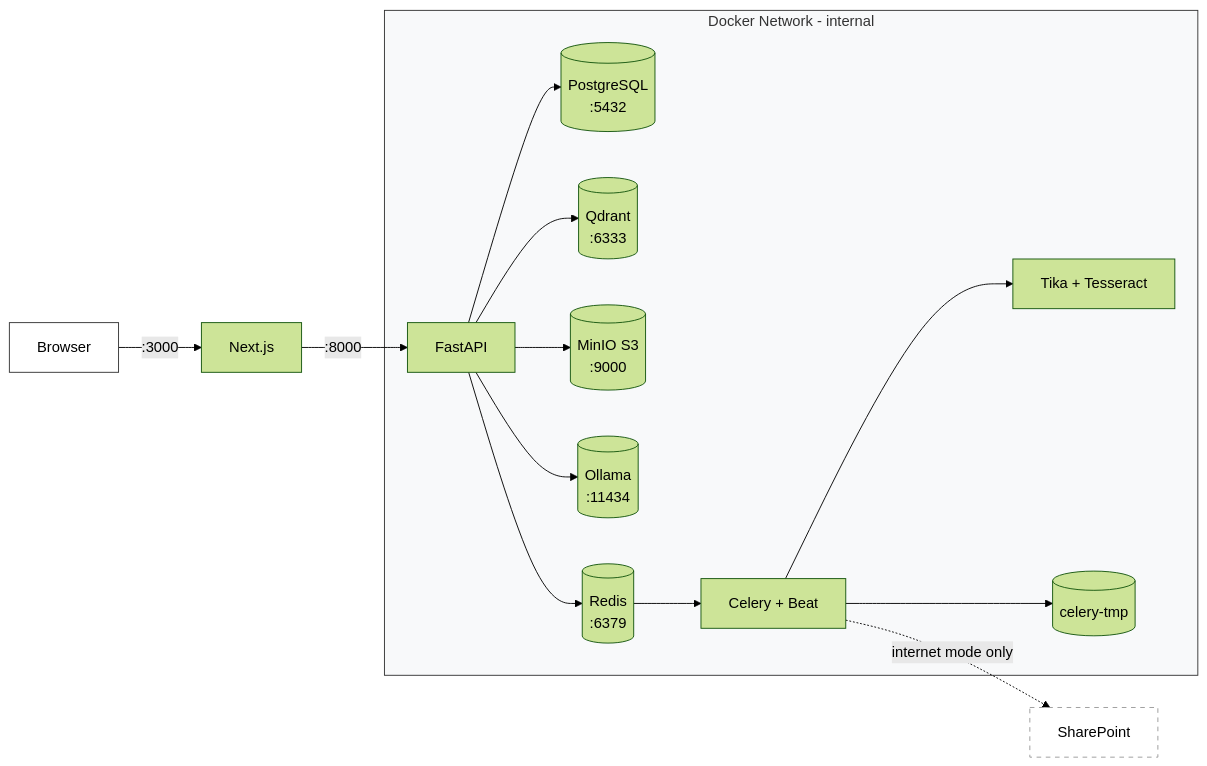
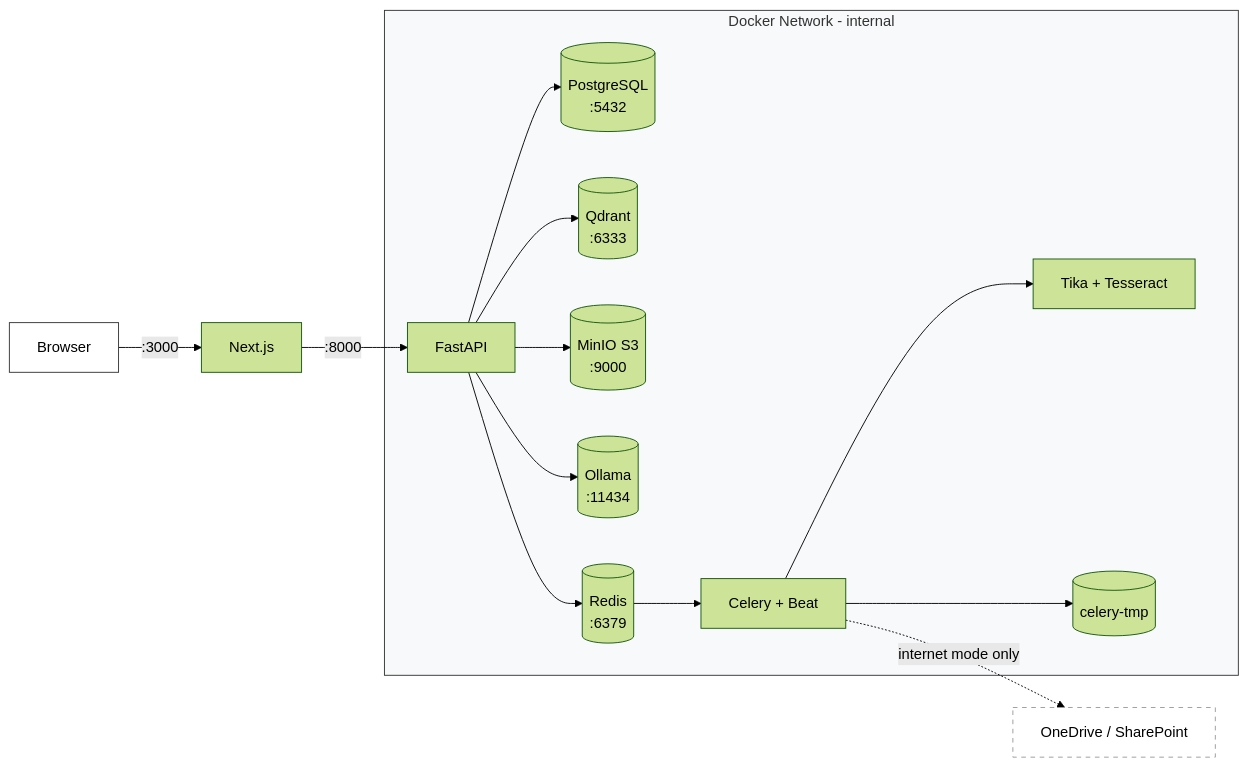
One commit to njrenaissance/gideon changed the first of 4 diagrams in docs/ARCHITECTURE.md. Above: the diagram before and after it, drawn with Mermaid (forest theme).

Commit message:
Add Mermaid diagrams to architecture doc, add project spec PDF
Replace ASCII topology and data flow diagrams with Mermaid
for better rendering on GitHub. Add the project constraints
and feature specification PDF to docs/.

````diff
--- a/docs/ARCHITECTURE.md
+++ b/docs/ARCHITECTURE.md
@@ -15,22 +15,22 @@
 ```mermaid
 graph LR
     Browser -->|:3000| NextJS[Next.js]
     NextJS -->|:8000| FastAPI
 
     subgraph docker[Docker Network - internal]
         FastAPI --> PostgreSQL[("PostgreSQL\n:5432")]
         FastAPI --> Qdrant[("Qdrant\n:6333")]
         FastAPI --> MinIO[("MinIO S3\n:9000")]
         FastAPI --> Ollama[("Ollama\n:11434")]
         FastAPI --> Redis[("Redis\n:6379")]
         Redis --> Celery[Celery + Beat]
         Celery --> Tika[Tika + Tesseract]
         Celery --> TmpVol[(celery-tmp)]
     end
 
-    Celery -.->|internet mode only| SharePoint[SharePoint]
+    Celery -.->|internet mode only| OneDrive[OneDrive / SharePoint]
 
     style docker fill:#f8f9fa,stroke:#333
     style Browser fill:#fff,stroke:#333
-    style SharePoint fill:#fff,stroke:#999,stroke-dasharray: 5 5
+    style OneDrive fill:#fff,stroke:#999,stroke-dasharray: 5 5
 ```
````
